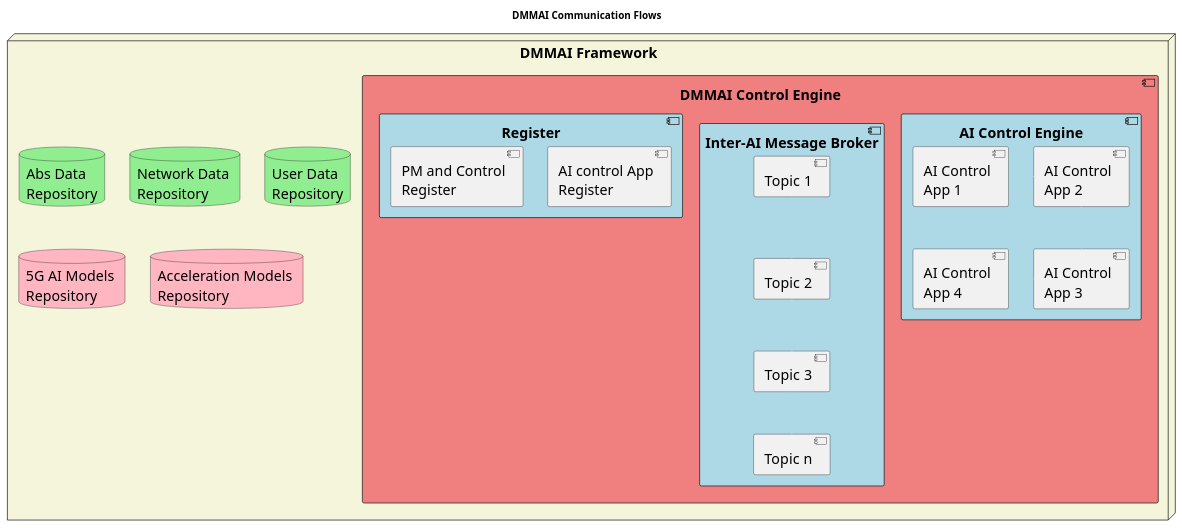
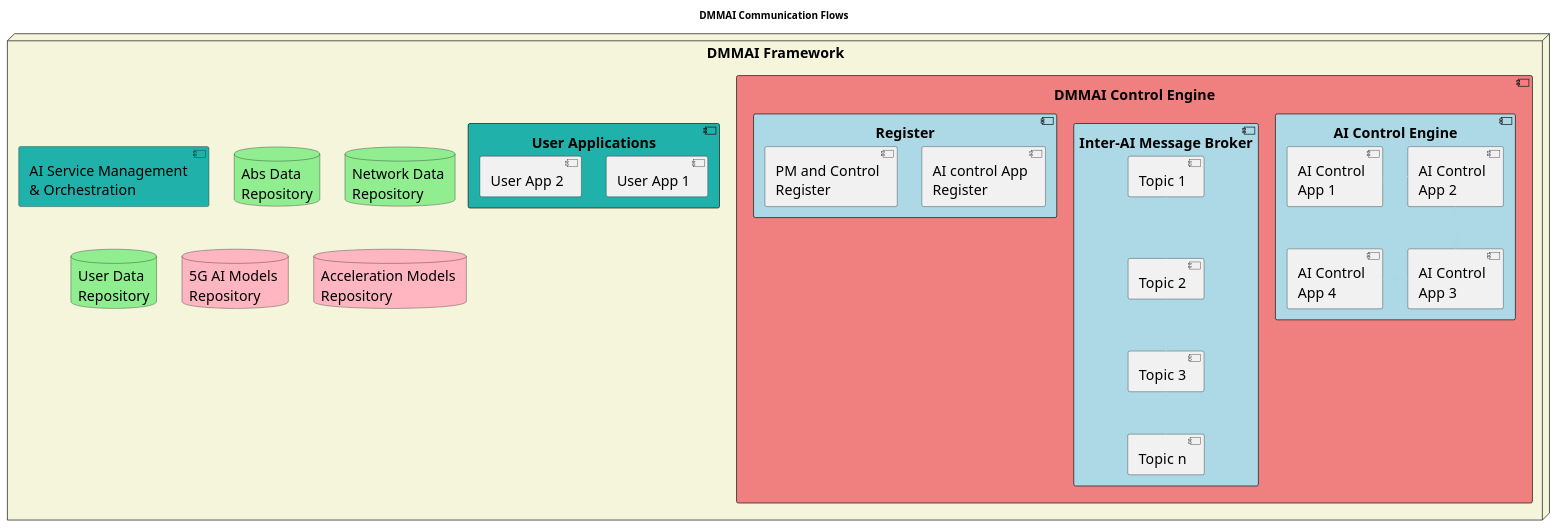
The diagram in dmmai_communication_flows.puml (IoannaAgko/6G-XCEL), drawn with PlantUML before and after one commit.

Commit message:
added components

```diff
--- a/dmmai_communication_flows.puml
+++ b/dmmai_communication_flows.puml
@@ -1,53 +1,59 @@
 @startuml dmmai_communication_flows
 title DMMAI Communication Flows
 
 hide footbox
 !pragma teoz true
 skinparam DefaultFontSize 20
 skinparam ComponentSpacing 10
 skinparam ComponentStyle uml2
 skinparam HorizontalAlignment center
 
 Node "DMMAI Framework" #Beige{
     component "DMMAI Control Engine" as DMMAIControlEngine #LightCoral{
         component  "AI Control Engine" #LightBlue{
             component "AI Control\nApp 1" as AIControlApp1
             component "AI Control\nApp 2" as AIControlApp2
             component "AI Control\nApp 3" as AIControlApp3
             component "AI Control\nApp 4" as AIControlApp4
         
             AIControlApp1 -[#LightBlue]> AIControlApp2
             AIControlApp2 -[#LightBlue]-> AIControlApp3
             AIControlApp4 <-[#LightBlue] AIControlApp3
         }
 
         component "Inter-AI Message Broker" #LightBlue{
             component "Topic 1" as Topic1
             component "Topic 2" as Topic2
             component "Topic 3" as Topic3
             component "Topic n" as Topicn
 
             Topic1 -[#LightBlue]-> Topic2
             Topic2 -[#LightBlue]-> Topic3
             Topic3 -[#LightBlue]-> Topicn
 
         }
 
         component "Register" #LightBlue{
             component "AI control App\nRegister" as AIControlAppRegister
             component "PM and Control\nRegister" as PMControlRegister
         }
     }
 
+    component "User Applications" as UserApplications #LightSeaGreen{
+            component "User App 1" as UserApp1 
+            component "User App 2" as UserApp2 
+        }
+
+    component "AI Service Management \n& Orchestration" as AiServiceManagementOrchestration #LightSeaGreen      
+
     database "Abs Data \nRepository" as AbsDataRepository #LightGreen
     database "Network Data \nRepository" as NetworkDataRepository #LightGreen
     database "User Data \nRepository" as UserDataRepository #LightGreen
-
     database "5G AI Models \nRepository" as 5GModelRepository #LightPink
     database "Acceleration Models \nRepository" as AccelerationModelRepository #LightPink
 
-
+    
 }
 
 
 @enduml
```
